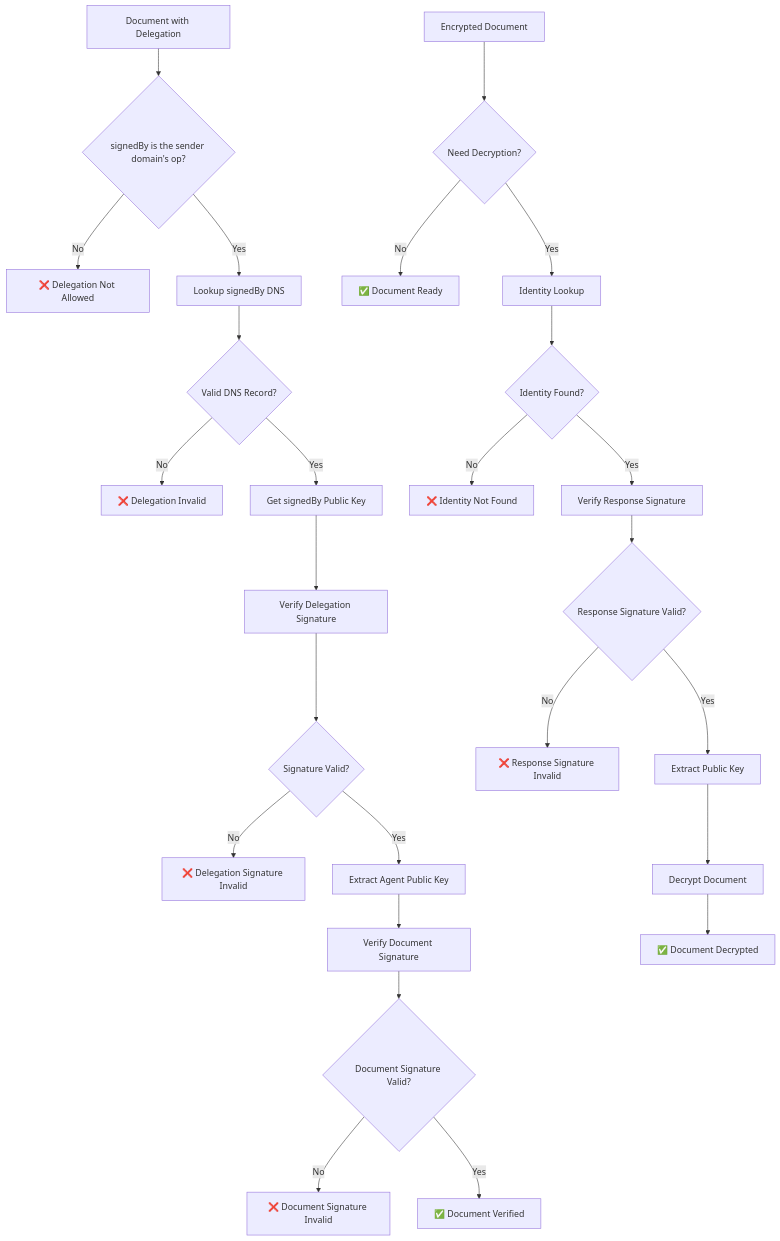
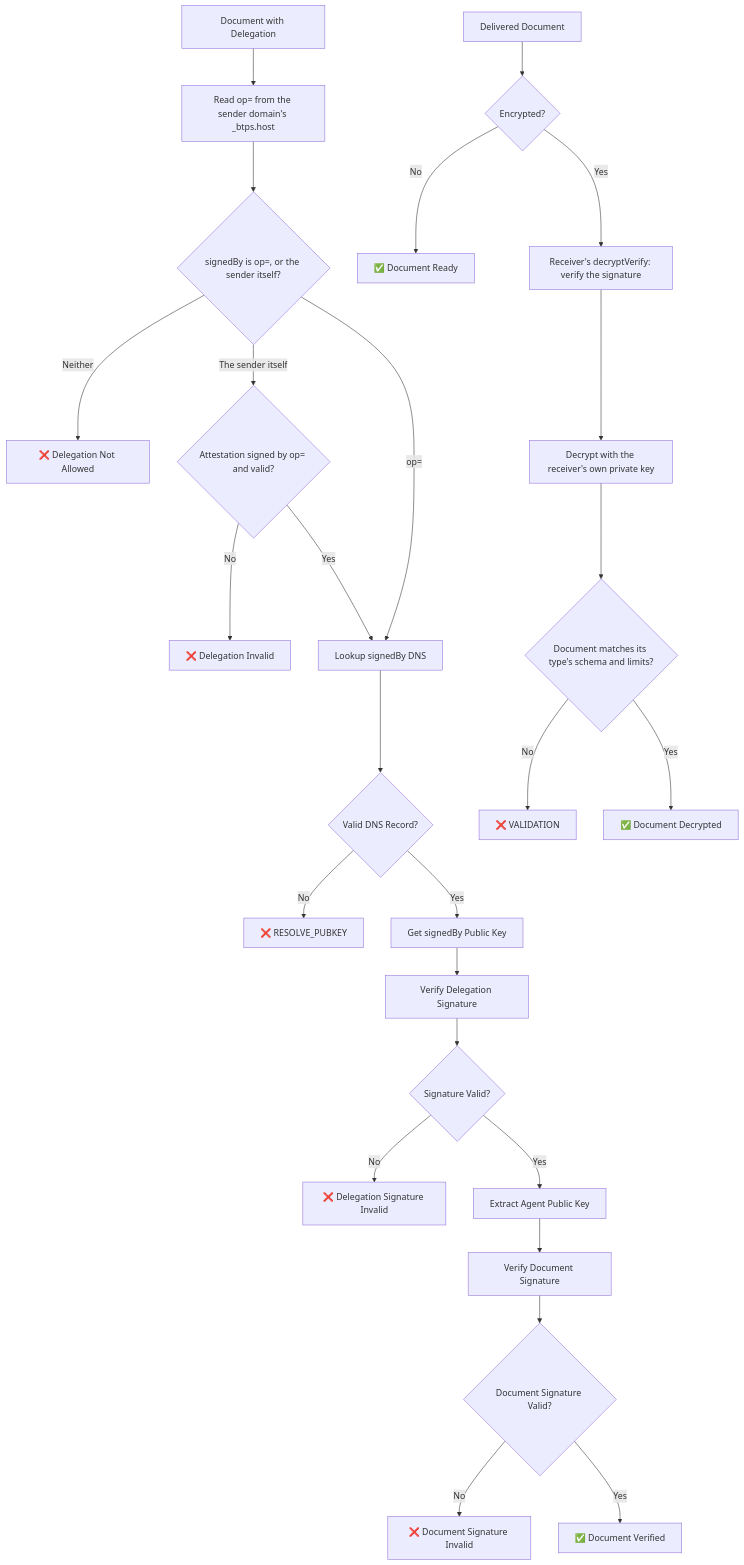
The third of 3 diagrams in docs/docusaurus/docs/protocol/identityRecord.md (openbtps/btps-node), drawn with Mermaid before and after one commit. The commit also changed other lines of this file and 26 other files, not shown here.

First line of the commit message:
Docs: bring every diagram in line with 1.1

````diff
--- a/docs/docusaurus/docs/protocol/identityRecord.md
+++ b/docs/docusaurus/docs/protocol/identityRecord.md
@@ -111,29 +119,29 @@
 ```mermaid
 flowchart TD
-    A[Document with Delegation] --> B{signedBy is the sender domain's op?}
-    B -->|No| E2[❌ Delegation Not Allowed]
-    B -->|Yes| C[Lookup signedBy DNS]
+    A[Document with Delegation] --> B0[Read op= from the sender domain's _btps.host]
+    B0 --> B{signedBy is op=, or the sender itself?}
+    B -->|Neither| E2[❌ Delegation Not Allowed]
+    B -->|The sender itself| AT{Attestation signed by op= and valid?}
+    AT -->|No| E3[❌ Delegation Invalid]
+    AT -->|Yes| C
+    B -->|op=| C[Lookup signedBy DNS]
     C --> D{Valid DNS Record?}
-    D -->|No| E[❌ Delegation Invalid]
+    D -->|No| E[❌ RESOLVE_PUBKEY]
     D -->|Yes| F[Get signedBy Public Key]
     F --> G[Verify Delegation Signature]
     G --> H{Signature Valid?}
     H -->|No| I[❌ Delegation Signature Invalid]
     H -->|Yes| J[Extract Agent Public Key]
     J --> K[Verify Document Signature]
     K --> L{Document Signature Valid?}
     L -->|No| M[❌ Document Signature Invalid]
     L -->|Yes| N[✅ Document Verified]
 
-    O[Encrypted Document] --> P{Need Decryption?}
+    O[Delivered Document] --> P{Encrypted?}
     P -->|No| Q[✅ Document Ready]
-    P -->|Yes| R[Identity Lookup]
-    R --> S{Identity Found?}
-    S -->|No| T[❌ Identity Not Found]
-    S -->|Yes| U[Verify Response Signature]
-    U --> V{Response Signature Valid?}
-    V -->|No| W[❌ Response Signature Invalid]
-    V -->|Yes| X[Extract Public Key]
-    X --> Y[Decrypt Document]
-    Y --> Z[✅ Document Decrypted]
+    P -->|Yes| R[Receiver's decryptVerify: verify the signature]
+    R --> Y[Decrypt with the receiver's own private key]
+    Y --> S2{Document matches its type's schema and limits?}
+    S2 -->|No| T[❌ VALIDATION]
+    S2 -->|Yes| Z[✅ Document Decrypted]
 ```
````
